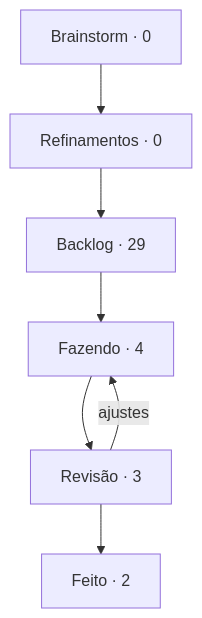
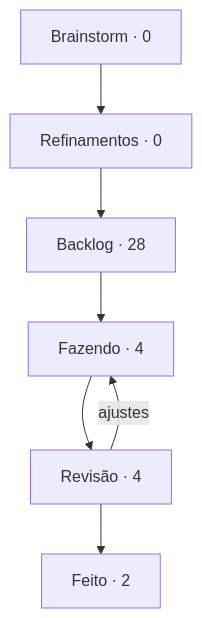
One commit to StudioVibi/VibiKanban changed the diagram in boards/dungeon-bend/BOARD.md. Above: the diagram before and after it, drawn with Mermaid. The commit also changed other lines of this file and 1 other file, not shown here.

Commit message:
board: DB-39 Backlog → Revisão (@Leon-nis)

````diff
--- a/boards/dungeon-bend/BOARD.md
+++ b/boards/dungeon-bend/BOARD.md
@@ -5,12 +5,12 @@
 ```mermaid
 flowchart TD
   brainstorm["Brainstorm · 0"] --> refinamentos["Refinamentos · 0"]
-  refinamentos --> backlog["Backlog · 29"]
+  refinamentos --> backlog["Backlog · 28"]
   backlog --> doing["Fazendo · 4"]
-  doing --> review["Revisão · 3"]
+  doing --> review["Revisão · 4"]
   review --> done["Feito · 2"]
   review -->|ajustes| doing
   doing:::blue
   review:::yellow
   done:::green
 ```
````
